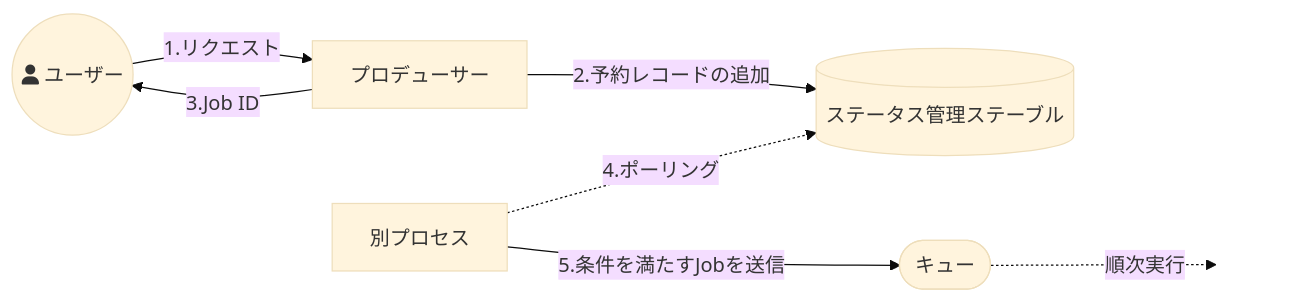
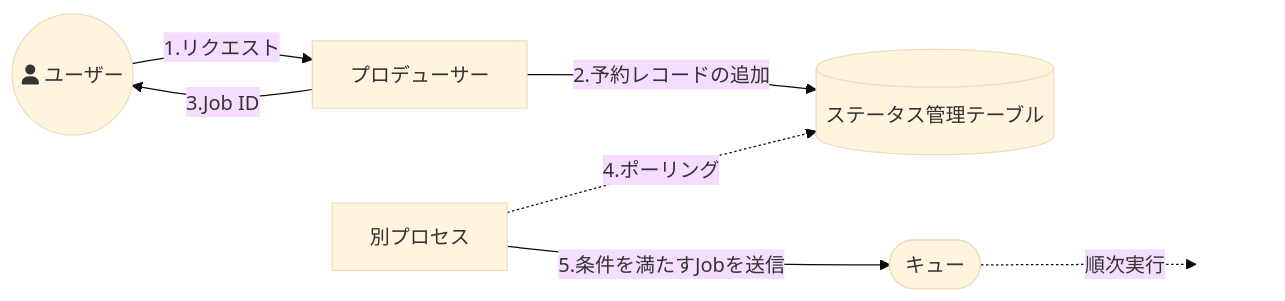
One commit to future-architect/arch-guidelines changed the eighth of 13 diagrams in documents/forAsync/async_guidelines.md. Above: the diagram before and after it, drawn with Mermaid (base theme). The commit also changed other lines of this file and 1 other file, not shown here.

````diff
--- a/documents/forAsync/async_guidelines.md
+++ b/documents/forAsync/async_guidelines.md
@@ -577,14 +580,14 @@
 ```mermaid
 flowchart LR
     style Consumer fill-opacity:0, stroke-opacity:0;
     User((fa:fa-user ユーザー)) -- 1.リクエスト --> Producer[プロデューサー];
-    Producer -- 2.予約レコードの追加 --> DB[(ステータス管理ステーブル)];
+    Producer -- 2.予約レコードの追加 --> DB[(ステータス管理テーブル)];
     Producer -- 3.Job ID --> User;
     Process["別プロセス"] -. "4.ポーリング" .-> DB;
     Process -- 5.条件を満たすJobを送信 --> Queue([キュー]);
 
     Queue -. 順次実行 .-> Consumer[" "]
     %% Queue -- 6.メッセージ受信(Job ID) --> Consumer[コンシューマー];
     %% Consumer -- 7.ロック or 更新 --> DB;
     %% Consumer -- 8.COMPLETED or FAILED --> DB;
 ```
````
